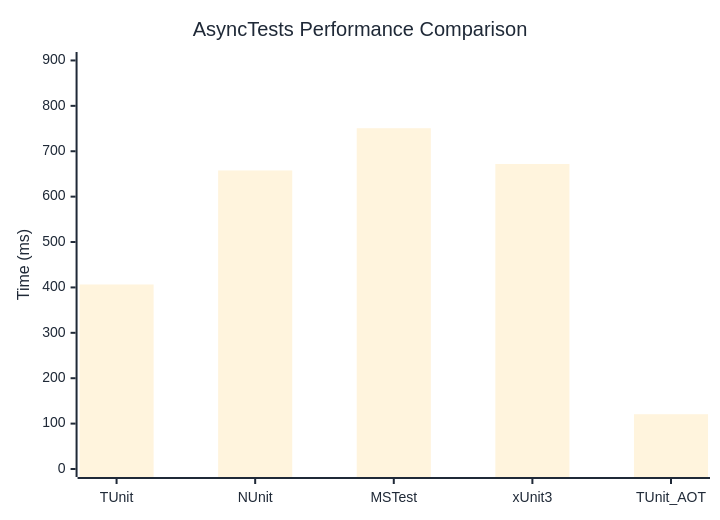
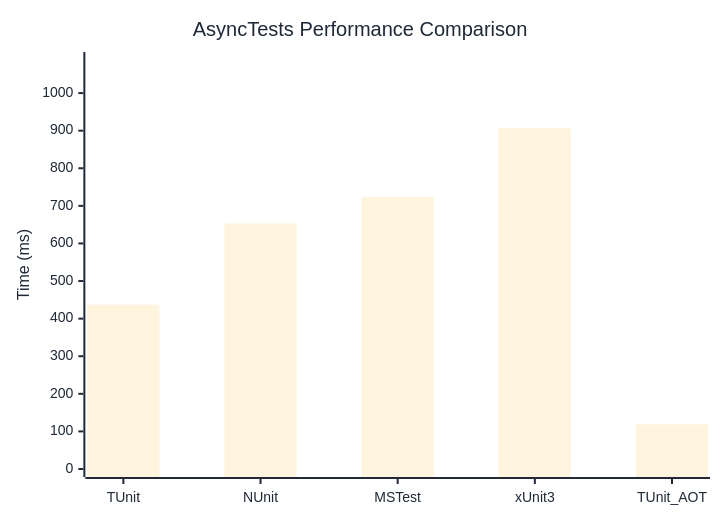
The diagram in docs/docs/benchmarks/engine/AsyncTests.md (thomhurst/TUnit), drawn with Mermaid before and after one commit. The commit also changed other lines of this file and 18 other files, not shown here.

````diff
--- a/docs/docs/benchmarks/engine/AsyncTests.md
+++ b/docs/docs/benchmarks/engine/AsyncTests.md
@@ -29,37 +29,37 @@
 ```mermaid
 %%{init: {
   'theme':'base',
   'themeVariables': {
     'primaryColor': '#2563eb',
     'primaryTextColor': '#1f2937',
     'primaryBorderColor': '#1e40af',
     'lineColor': '#6b7280',
     'secondaryColor': '#7c3aed',
     'tertiaryColor': '#dc2626',
     'background': '#ffffff',
     'mainBkg': '#2563eb',
     'secondBkg': '#7c3aed',
     'tertiaryBkg': '#dc2626',
     'clusterBkg': '#f3f4f6',
     'edgeLabelBackground': '#ffffff',
     'tertiaryTextColor': '#1f2937',
     'pie1': '#2563eb',
     'pie2': '#7c3aed',
     'pie3': '#dc2626',
     'pie4': '#f59e0b',
     'pie5': '#10b981',
     'pie6': '#06b6d4',
     'pie7': '#ec4899',
     'pie8': '#6366f1',
     'pie9': '#84cc16',
     'pie10': '#f97316',
     'pie11': '#14b8a6',
     'pie12': '#a855f7'
   }
 }}%%
 xychart-beta
   title "AsyncTests Performance Comparison"
   x-axis ["TUnit", "NUnit", "MSTest", "xUnit3", "TUnit_AOT"]
-  y-axis "Time (ms)" 0 --> 901
-  bar [406.5, 657.7, 750.7, 671.9, 120.7]
+  y-axis "Time (ms)" 0 --> 1088
+  bar [437.3, 653.1, 724.2, 906.6, 118.5]
 ```
````
